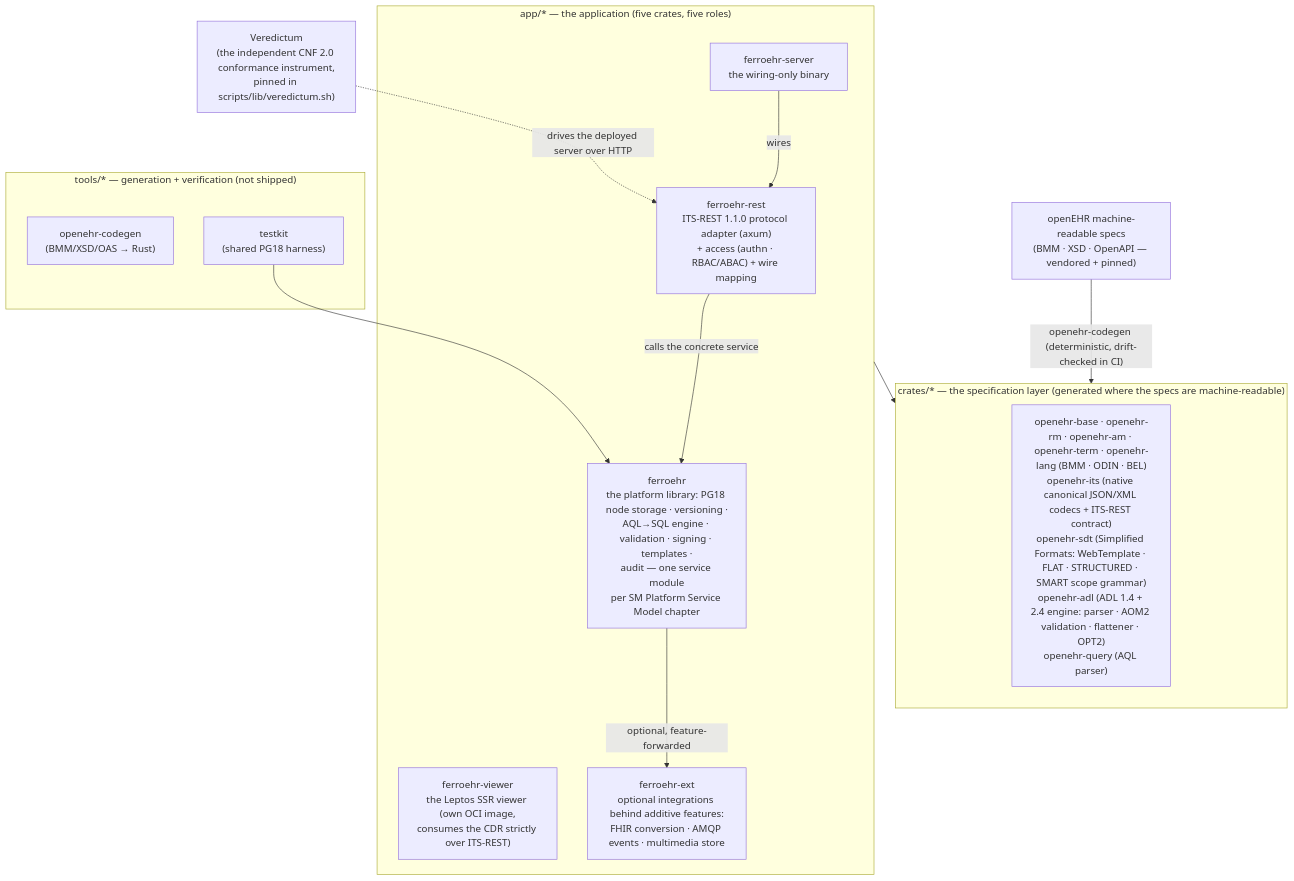
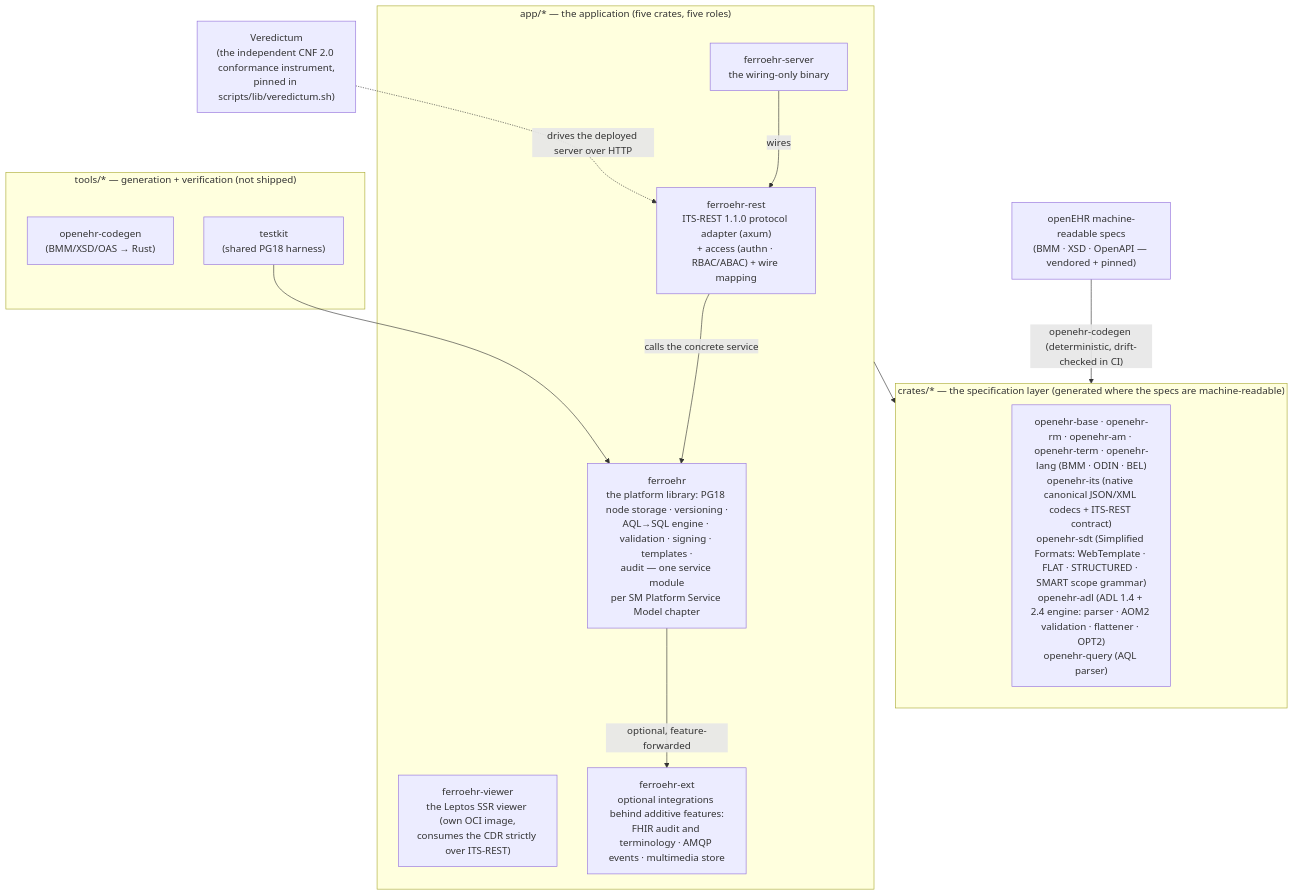
The diagram in README.md (FerroHEALTH/FerroEHR), drawn with Mermaid before and after one commit. The commit also changed other lines of this file and 149 other files, not shown here.

First line of the commit message:
feat(ext)!: retire the in-tree FHIR connector in favour of FerroBRIDGE (#3702)

````diff
--- a/README.md
+++ b/README.md
@@ -404,31 +404,31 @@
 ```mermaid
 flowchart TB
     specs["openEHR machine-readable specs<br/>(BMM · XSD · OpenAPI — vendored + pinned)"]
 
     subgraph crates ["crates/* — the specification layer (generated where the specs are machine-readable)"]
         openehr["openehr-base · openehr-rm · openehr-am · openehr-term · openehr-lang (BMM · ODIN · BEL)<br/>openehr-its (native canonical JSON/XML codecs + ITS-REST contract)<br/>openehr-sdt (Simplified Formats: WebTemplate · FLAT · STRUCTURED · SMART scope grammar)<br/>openehr-adl (ADL 1.4 + 2.4 engine: parser · AOM2 validation · flattener · OPT2)<br/>openehr-query (AQL parser)"]
     end
 
     subgraph app ["app/* — the application (five crates, five roles)"]
         rest["ferroehr-rest<br/>ITS-REST 1.1.0 protocol adapter (axum)<br/>+ access (authn · RBAC/ABAC) + wire mapping"]
         core["ferroehr<br/>the platform library: PG18 node storage · versioning ·<br/>AQL→SQL engine · validation · signing · templates ·<br/>audit — one service module<br/>per SM Platform Service Model chapter"]
         bin["ferroehr-server<br/>the wiring-only binary"]
         viewer["ferroehr-viewer<br/>the Leptos SSR viewer (own OCI image,<br/>consumes the CDR strictly over ITS-REST)"]
-        ext["ferroehr-ext<br/>optional integrations behind additive features:<br/>FHIR conversion · AMQP events · multimedia store"]
+        ext["ferroehr-ext<br/>optional integrations behind additive features:<br/>FHIR audit and terminology · AMQP events · multimedia store"]
     end
 
     subgraph tools ["tools/* — generation + verification (not shipped)"]
         codegen["openehr-codegen<br/>(BMM/XSD/OAS → Rust)"]
         testkit["testkit<br/>(shared PG18 harness)"]
     end
 
     conf["Veredictum<br/>(the independent CNF 2.0 conformance instrument,<br/>pinned in scripts/lib/veredictum.sh)"]
 
     specs -- "openehr-codegen (deterministic, drift-checked in CI)" --> crates
     bin -- "wires" --> rest
     rest -- "calls the concrete service" --> core
     core -- "optional, feature-forwarded" --> ext
     app --> crates
     conf -. "drives the deployed server over HTTP" .-> rest
     testkit --> core
 ```
````
